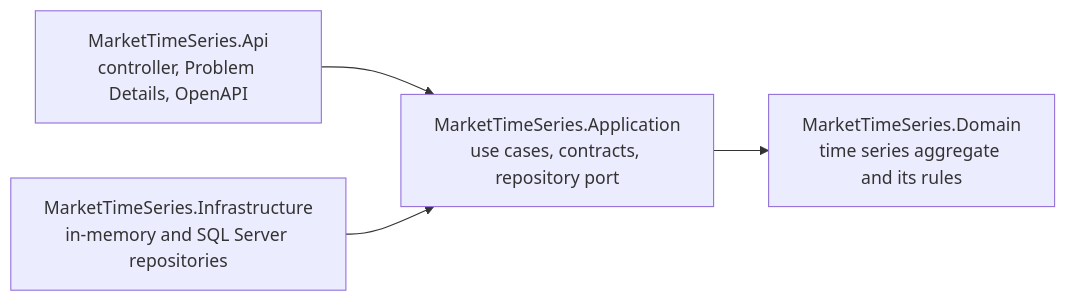
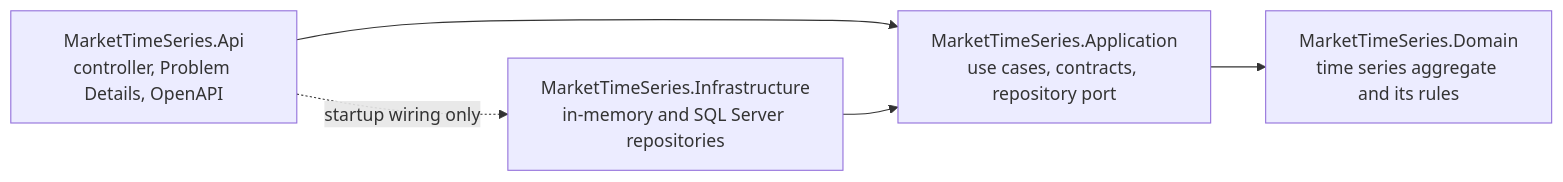
One commit to canberkileri/electricity-market-timeseries-api changed the diagram in README.md. Above: the diagram before and after it, drawn with Mermaid. The commit also changed other lines of this file and 1 other file, not shown here.

First line of the commit message:
Show the startup wiring reference in the architecture diagram

````diff
--- a/README.md
+++ b/README.md
@@ -55,7 +55,8 @@
 ```mermaid
 flowchart LR
     Api[MarketTimeSeries.Api<br/>controller, Problem Details, OpenAPI] --> Application
     Infrastructure[MarketTimeSeries.Infrastructure<br/>in-memory and SQL Server repositories] --> Application
     Application[MarketTimeSeries.Application<br/>use cases, contracts, repository port] --> Domain
     Domain[MarketTimeSeries.Domain<br/>time series aggregate and its rules]
+    Api -. startup wiring only .-> Infrastructure
 ```
````
